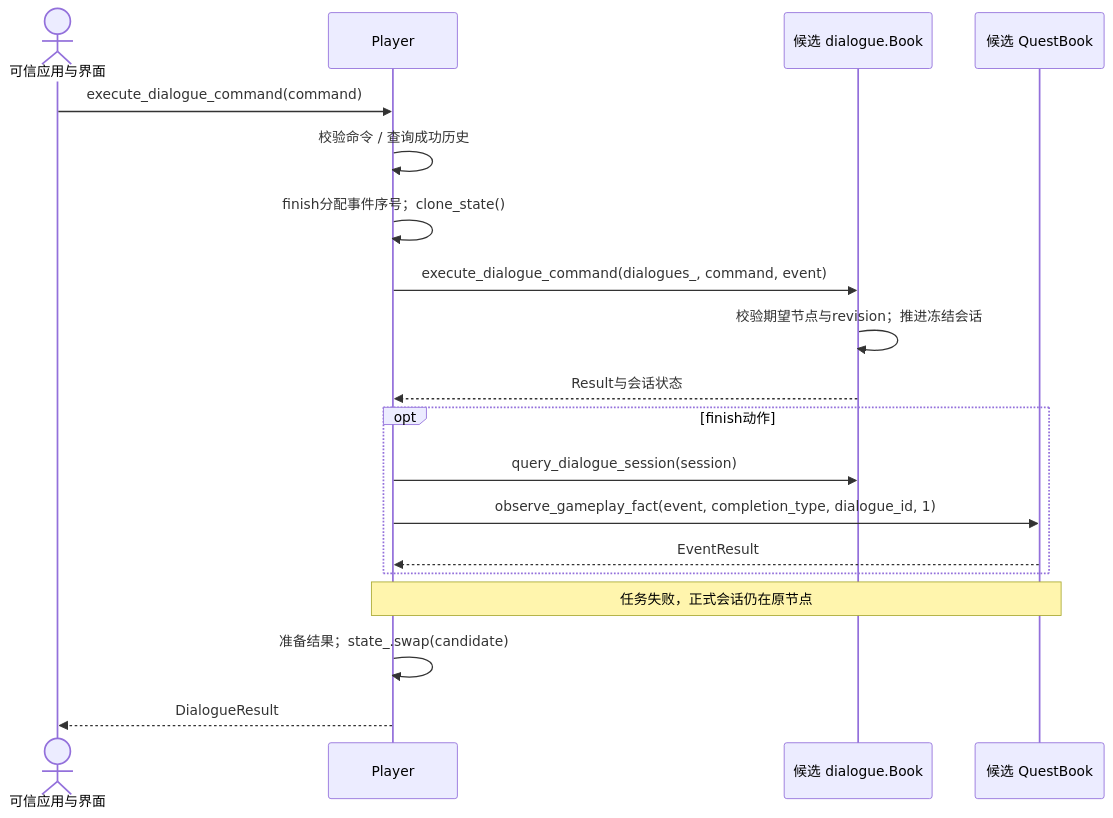
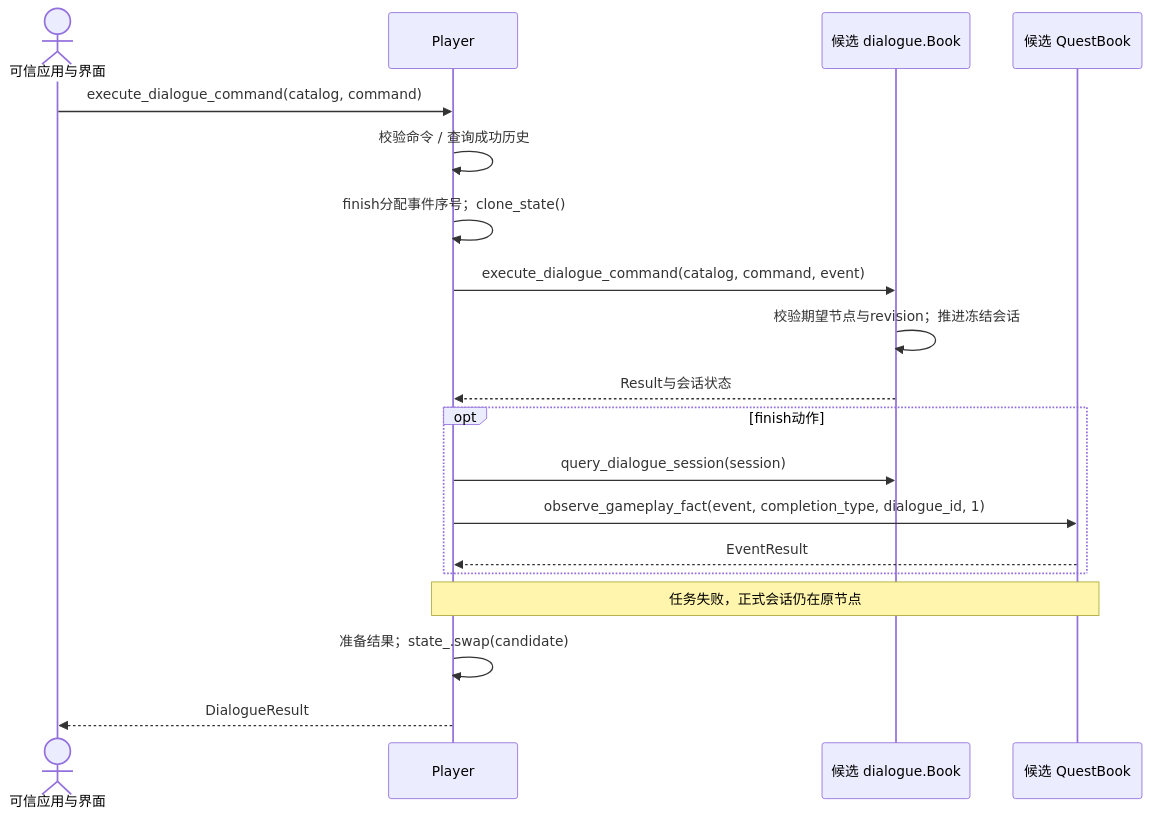
Before and after one commit to Cheems-life/game-systems-toolkit: the eighth of 8 diagrams in docs/architecture-details.md, drawn with Mermaid. The commit also changed other lines of this file and 31 other files, not shown here.

````diff
--- a/docs/architecture-details.md
+++ b/docs/architecture-details.md
@@ -428,21 +444,21 @@
 ```mermaid
 sequenceDiagram
     actor App as 可信应用与界面
     participant P as Player
     participant B as 候选 dialogue.Book
     participant Q as 候选 QuestBook
-    App->>P: execute_dialogue_command(command)
+    App->>P: execute_dialogue_command(catalog, command)
     P->>P: 校验命令 / 查询成功历史
     P->>P: finish分配事件序号；clone_state()
-    P->>B: execute_dialogue_command(dialogues_, command, event)
+    P->>B: execute_dialogue_command(catalog, command, event)
     B->>B: 校验期望节点与revision；推进冻结会话
     B-->>P: Result与会话状态
     opt finish动作
         P->>B: query_dialogue_session(session)
         P->>Q: observe_gameplay_fact(event, completion_type, dialogue_id, 1)
         Q-->>P: EventResult
     end
     Note over P,Q: 任务失败，正式会话仍在原节点
     P->>P: 准备结果；state_.swap(candidate)
     P-->>App: DialogueResult
 ```
````
